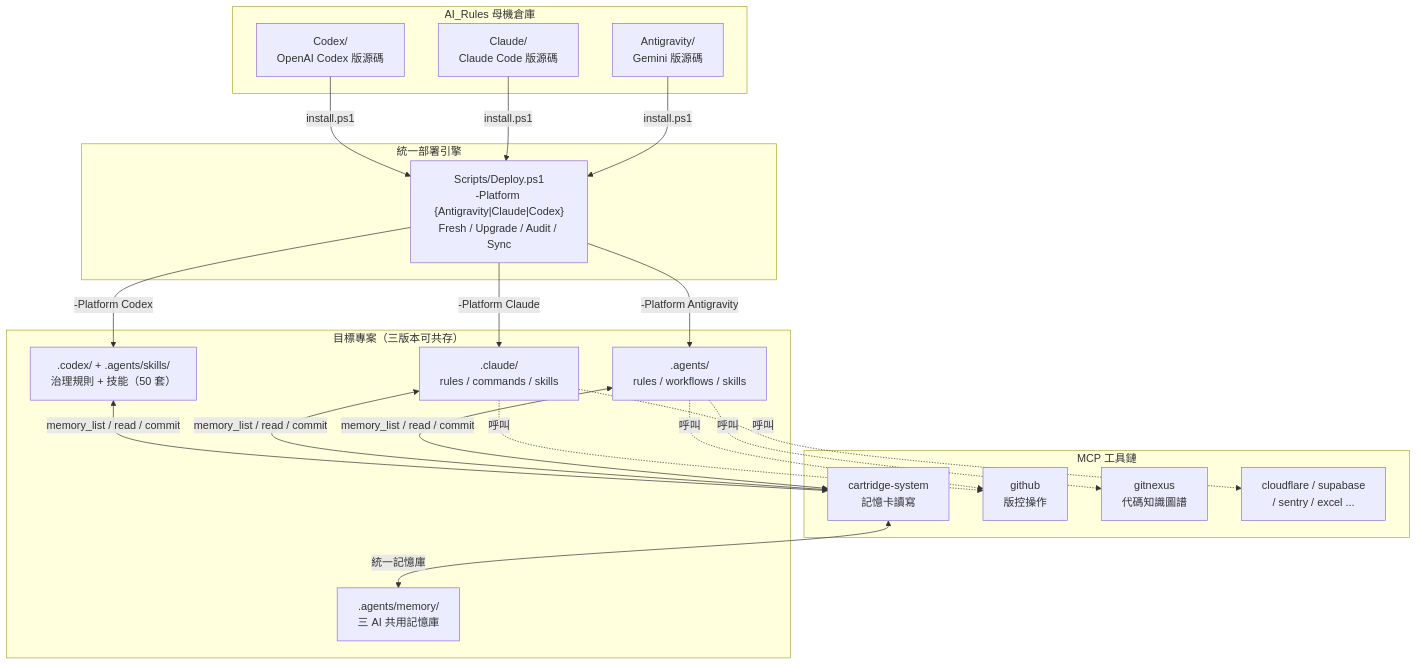
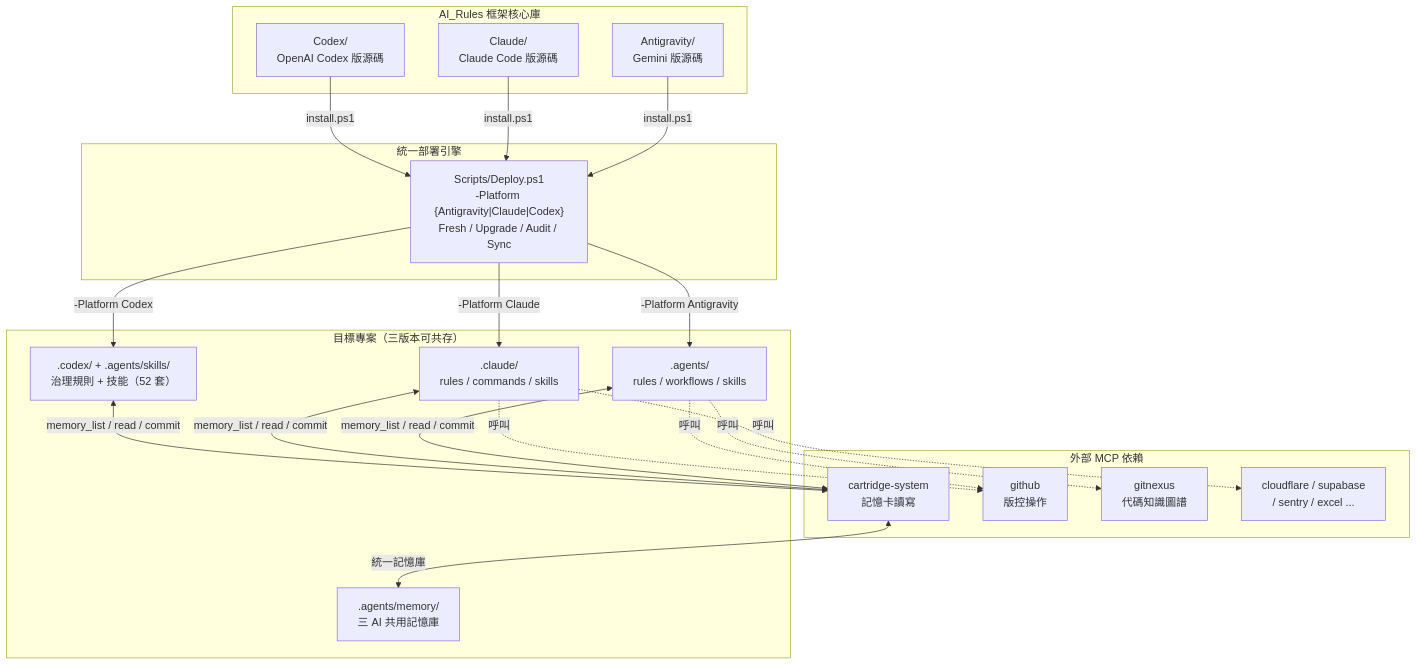
One commit to Kunshao1117/AI_Rules changed the first of 3 diagrams in README.md. Above: the diagram before and after it, drawn with Mermaid. The commit also changed other lines of this file and 43 other files, not shown here.

````diff
--- a/README.md
+++ b/README.md
@@ -118,41 +134,41 @@
 ```mermaid
 graph TB
-    subgraph "AI_Rules 母機倉庫"
+    subgraph "AI_Rules 框架核心庫"
         AG["Antigravity/<br/>Gemini 版源碼"]
         CL["Claude/<br/>Claude Code 版源碼"]
         CX["Codex/<br/>OpenAI Codex 版源碼"]
     end
 
     subgraph "統一部署引擎"
         DEPLOY["Scripts/Deploy.ps1<br/>-Platform {Antigravity|Claude|Codex}<br/>Fresh / Upgrade / Audit / Sync"]
     end
 
     subgraph "目標專案（三版本可共存）"
         AGE[".agents/<br/>rules / workflows / skills"]
         CLE[".claude/<br/>rules / commands / skills"]
-        CXE[".codex/ + .agents/skills/<br/>治理規則 + 技能（50 套）"]
+        CXE[".codex/ + .agents/skills/<br/>治理規則 + 技能（52 套）"]
         MEM[".agents/memory/<br/>三 AI 共用記憶庫"]
     end
 
-    subgraph "MCP 工具鏈"
+    subgraph "外部 MCP 依賴"
         CART["cartridge-system<br/>記憶卡讀寫"]
         GH["github<br/>版控操作"]
         GN["gitnexus<br/>代碼知識圖譜"]
         OTHER["cloudflare / supabase<br/>/ sentry / excel ..."]
     end
 
     AG -->|"install.ps1"| DEPLOY
     CL -->|"install.ps1"| DEPLOY
     CX -->|"install.ps1"| DEPLOY
     DEPLOY -->|"-Platform Antigravity"| AGE
     DEPLOY -->|"-Platform Claude"| CLE
     DEPLOY -->|"-Platform Codex"| CXE
     AGE <-->|"memory_list / read / commit"| CART
     CLE <-->|"memory_list / read / commit"| CART
     CXE <-->|"memory_list / read / commit"| CART
     CART <-->|"統一記憶庫"| MEM
     AGE -.->|"呼叫"| GH
     AGE -.->|"呼叫"| GN
     CLE -.->|"呼叫"| GH
     CLE -.->|"呼叫"| OTHER
 ```
````
